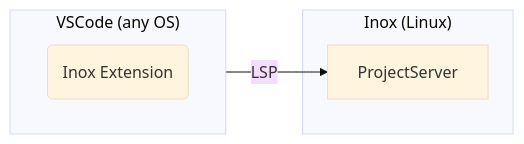
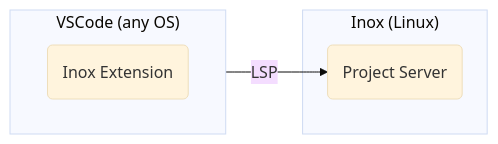
One commit to inoxlang/inox changed the first of 3 diagrams in README.md. Above: the diagram before and after it, drawn with Mermaid (base theme). The commit also changed other lines of this file, not shown here.

````diff
--- a/README.md
+++ b/README.md
@@ -87,14 +87,14 @@
 ```mermaid
 graph LR
 
 subgraph VSCode["VSCode (any OS)"]
   direction LR
   InoxExtension(Inox Extension)
 end
 
 InoxExtension -->|LSP| ProjectServer
 
 subgraph InoxBinary["Inox (Linux)"]
-  ProjectServer
+  ProjectServer(Project Server)
 end
 ```
````
